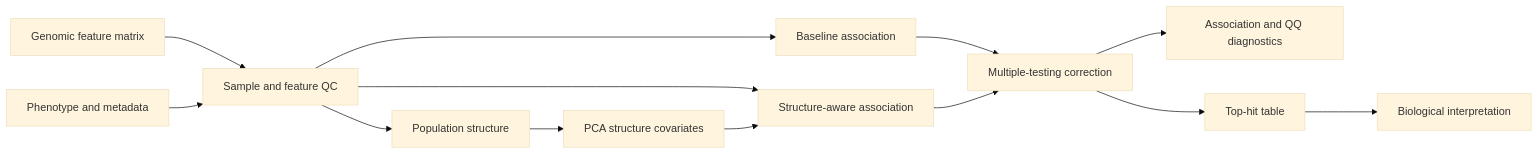
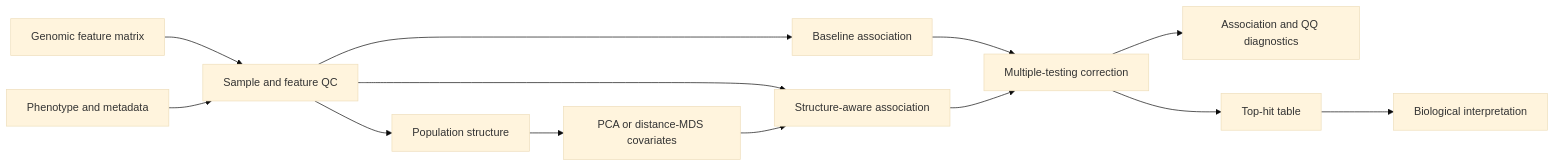
The diagram in README.md (mbilal-OU/PanGWASFlow), drawn with Mermaid (base theme) before and after one commit. The commit also changed other lines of this file and 16 other files, not shown here.

````diff
--- a/README.md
+++ b/README.md
@@ -49,15 +73,15 @@
 ```mermaid
 flowchart LR
     A[Genomic feature matrix] --> B[Sample and feature QC]
     C[Phenotype and metadata] --> B
     B --> D[Population structure]
-    D --> E[PCA structure covariates]
+    D --> E[PCA or distance-MDS covariates]
     B --> F[Baseline association]
     B --> G[Structure-aware association]
     E --> G
     F --> H[Multiple-testing correction]
     G --> H
     H --> I[Association and QQ diagnostics]
     H --> J[Top-hit table]
     J --> K[Biological interpretation]
 ```
````
